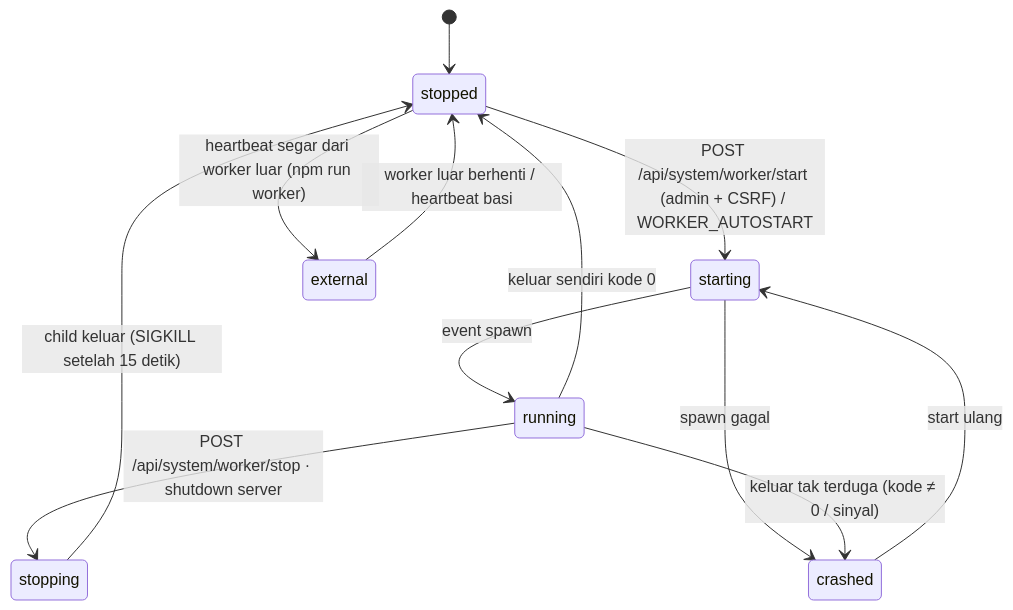
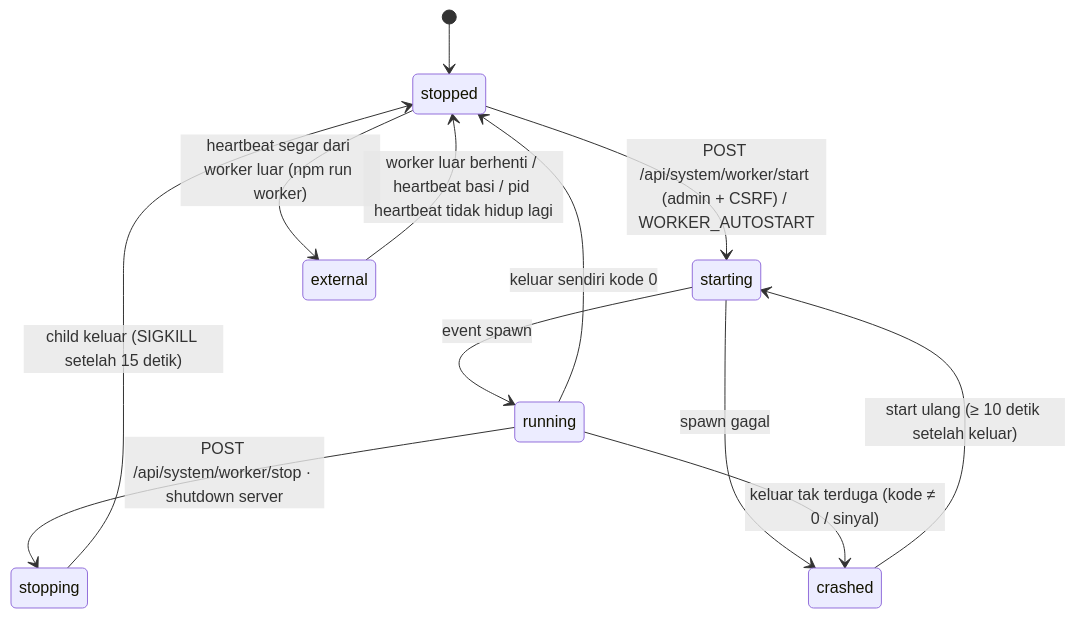
The fourth of 4 diagrams in docs/01-arsitektur.md (zainpewpewpew/Caddle), drawn with Mermaid before and after one commit. The commit also changed other lines of this file and 24 other files, not shown here.

````diff
--- a/docs/01-arsitektur.md
+++ b/docs/01-arsitektur.md
@@ -121,14 +121,14 @@
 ```mermaid
 stateDiagram-v2
   [*] --> stopped
   stopped --> starting: POST /api/system/worker/start (admin + CSRF) / WORKER_AUTOSTART
-  crashed --> starting: start ulang
+  crashed --> starting: start ulang (≥ 10 detik setelah keluar)
   starting --> running: event spawn
   starting --> crashed: spawn gagal
   running --> stopping: POST /api/system/worker/stop · shutdown server
   stopping --> stopped: child keluar (SIGKILL setelah 15 detik)
   running --> crashed: keluar tak terduga (kode ≠ 0 / sinyal)
   running --> stopped: keluar sendiri kode 0
   stopped --> external: heartbeat segar dari worker luar (npm run worker)
-  external --> stopped: worker luar berhenti / heartbeat basi
+  external --> stopped: worker luar berhenti / heartbeat basi / pid heartbeat tidak hidup lagi
 ```
````
